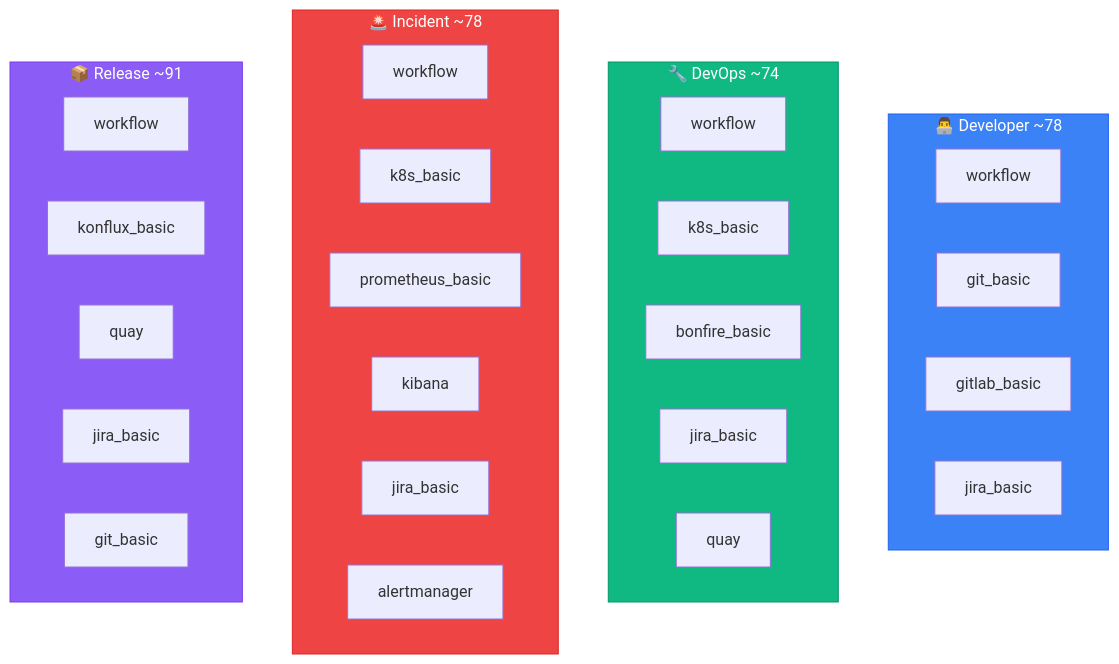
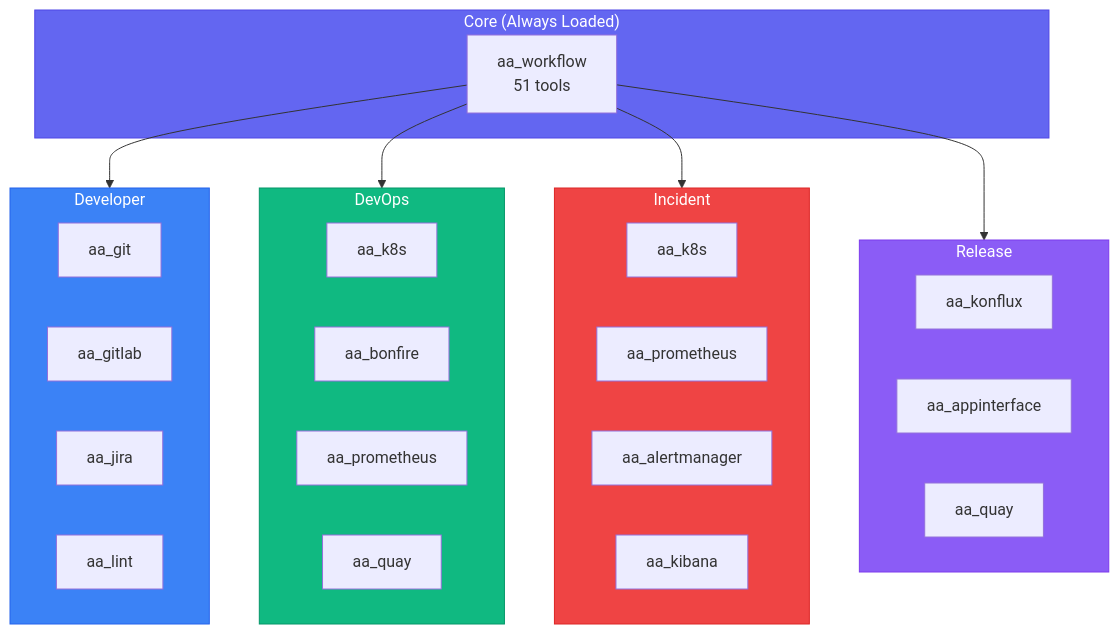
The third of 4 diagrams in docs/personas/README.md (dmzoneill/redhat-ai-workflow), drawn with Mermaid before and after one commit. The commit also changed other lines of this file and 407 other files, not shown here.

````diff
--- a/docs/personas/README.md
+++ b/docs/personas/README.md
@@ -71,39 +167,44 @@
 ```mermaid
 graph TD
-    subgraph Developer["👨‍💻 Developer ~78"]
-        D_WF[workflow]
-        D_GIT[git_basic]
-        D_GITLAB[gitlab_basic]
-        D_JIRA[jira_basic]
+    subgraph Core["Core (Always Loaded)"]
+        WORKFLOW[aa_workflow<br/>51 tools]
     end
 
-    subgraph DevOps["🔧 DevOps ~74"]
-        O_WF[workflow]
-        O_K8S[k8s_basic]
-        O_BON[bonfire_basic]
-        O_JIRA[jira_basic]
-        O_QUAY[quay]
+    subgraph Developer["Developer"]
+        D_GIT[aa_git]
+        D_GITLAB[aa_gitlab]
+        D_JIRA[aa_jira]
+        D_LINT[aa_lint]
     end
 
-    subgraph Incident["🚨 Incident ~78"]
-        I_WF[workflow]
-        I_K8S[k8s_basic]
-        I_PROM[prometheus_basic]
-        I_KIB[kibana]
-        I_JIRA[jira_basic]
-        I_ALERT[alertmanager]
+    subgraph DevOps["DevOps"]
+        O_K8S[aa_k8s]
+        O_BONFIRE[aa_bonfire]
+        O_PROM[aa_prometheus]
+        O_QUAY[aa_quay]
     end
 
-    subgraph Release["📦 Release ~91"]
-        R_WF[workflow]
-        R_KON[konflux_basic]
-        R_QUAY[quay]
-        R_JIRA[jira_basic]
-        R_GIT[git_basic]
+    subgraph Incident["Incident"]
+        I_K8S[aa_k8s]
+        I_PROM[aa_prometheus]
+        I_ALERT[aa_alertmanager]
+        I_KIBANA[aa_kibana]
     end
 
+    subgraph Release["Release"]
+        R_KONFLUX[aa_konflux]
+        R_APPINT[aa_appinterface]
+        R_QUAY[aa_quay]
+    end
+
+    WORKFLOW --> Developer
+    WORKFLOW --> DevOps
+    WORKFLOW --> Incident
+    WORKFLOW --> Release
+
+    style Core fill:#6366f1,stroke:#4f46e5,color:#fff
     style Developer fill:#3b82f6,stroke:#2563eb,color:#fff
     style DevOps fill:#10b981,stroke:#059669,color:#fff
     style Incident fill:#ef4444,stroke:#dc2626,color:#fff
     style Release fill:#8b5cf6,stroke:#7c3aed,color:#fff
 ```
````
